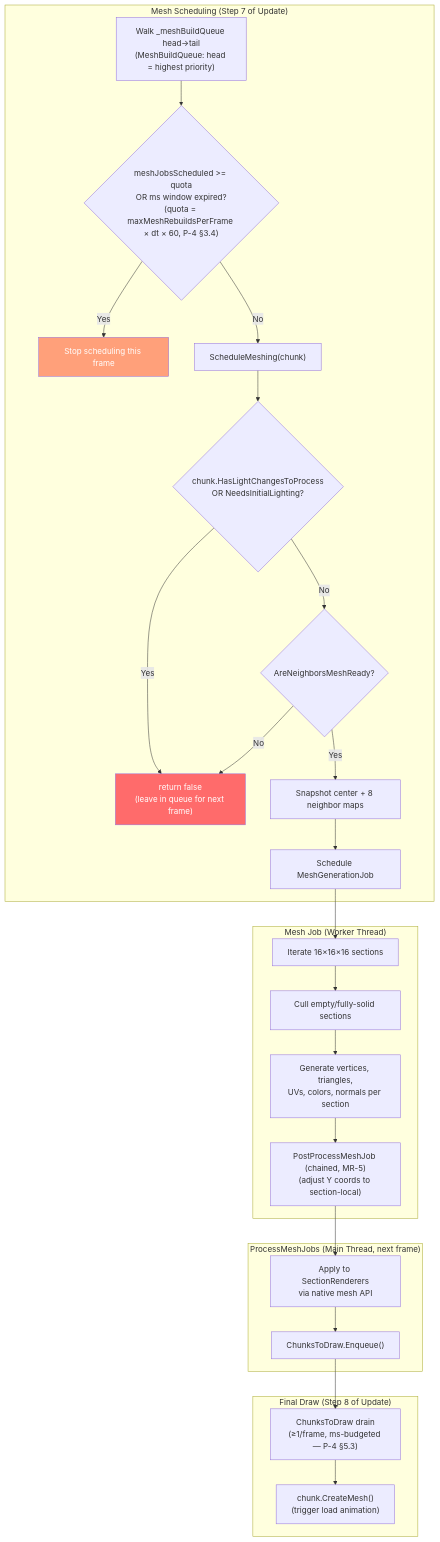
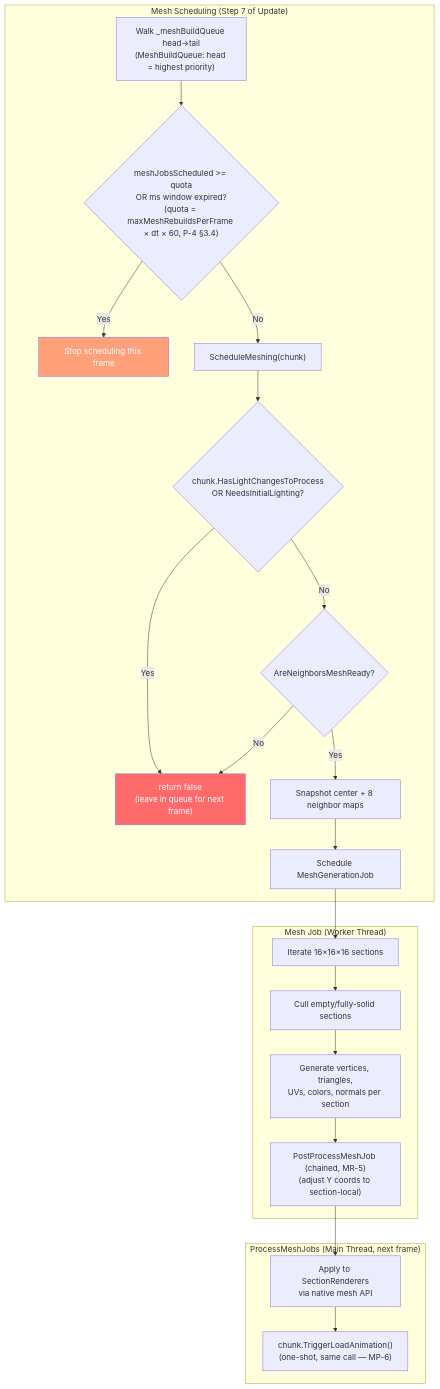
One commit to A-Van-Gestel/Unity-Minecraft_Clone changed the fifth of 8 diagrams in Documentation/Architecture/CHUNK_LIFECYCLE_PIPELINE.md. Above: the diagram before and after it, drawn with Mermaid. The commit also changed other lines of this file and 21 other files, not shown here.

````diff
--- a/Documentation/Architecture/CHUNK_LIFECYCLE_PIPELINE.md
+++ b/Documentation/Architecture/CHUNK_LIFECYCLE_PIPELINE.md
@@ -377,35 +400,30 @@
 ```mermaid
 flowchart TD
     subgraph "Mesh Scheduling (Step 7 of Update)"
         M1["Walk _meshBuildQueue head→tail<br/>(MeshBuildQueue: head = highest priority)"]
         M1 --> M2{"meshJobsScheduled >= quota<br/>OR ms window expired?<br/>(quota = maxMeshRebuildsPerFrame × dt × 60, P-4 §3.4)"}
         M2 -- Yes --> M_DONE["Stop scheduling this frame"]
         M2 -- No --> M3["ScheduleMeshing(chunk)"]
         M3 --> M4{"chunk.HasLightChangesToProcess<br/>OR NeedsInitialLighting?"}
         M4 -- Yes --> M_SKIP["return false<br/>(leave in queue for next frame)"]
         M4 -- No --> M5{"AreNeighborsMeshReady?"}
         M5 -- No --> M_SKIP
         M5 -- Yes --> M6["Snapshot center + 8 neighbor maps"]
         M6 --> M7["Schedule MeshGenerationJob"]
     end
 
     subgraph "Mesh Job (Worker Thread)"
         M7 --> MJ1["Iterate 16×16×16 sections"]
         MJ1 --> MJ2["Cull empty/fully-solid sections"]
         MJ2 --> MJ3["Generate vertices, triangles,<br/>UVs, colors, normals per section"]
         MJ3 --> MP1["PostProcessMeshJob (chained, MR-5)<br/>(adjust Y coords to section-local)"]
     end
 
     subgraph "ProcessMeshJobs (Main Thread, next frame)"
         MP1 --> MP2["Apply to SectionRenderers<br/>via native mesh API"]
-        MP2 --> MP3["ChunksToDraw.Enqueue()"]
-    end
-
-    subgraph "Final Draw (Step 8 of Update)"
-        MP3 --> FD1["ChunksToDraw drain<br/>(≥1/frame, ms-budgeted — P-4 §5.3)"]
-        FD1 --> FD2["chunk.CreateMesh()<br/>(trigger load animation)"]
+        MP2 --> MP3["chunk.TriggerLoadAnimation()<br/>(one-shot, same call — MP-6)"]
     end
 
     style M_SKIP fill: #ff6b6b, color: #fff
     style M_DONE fill: #ffa07a, color: #fff
 ```
````
